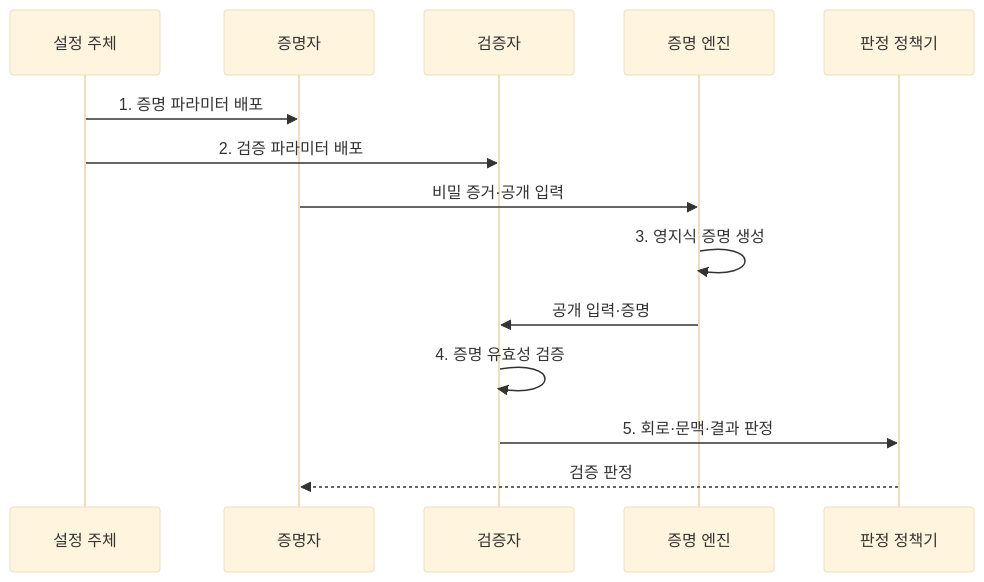
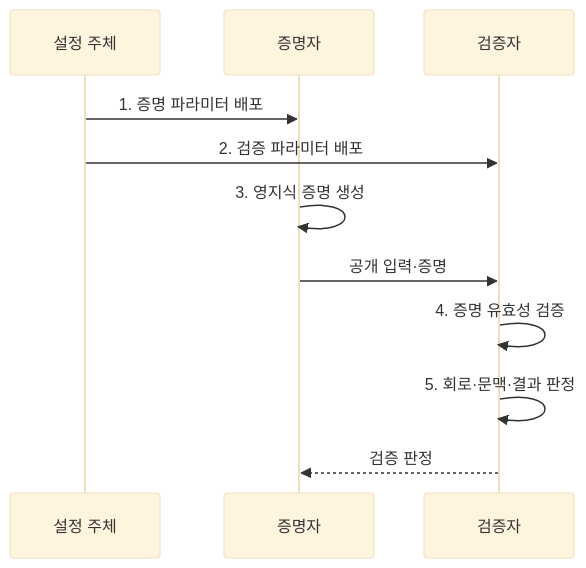
The second of 2 diagrams in src/content/docs/notes/05-security/016_zero_knowledge_proof.md (agnusdei1207/knowledge-base), drawn with Mermaid (base theme) before and after one commit. The commit also changed 9 other files, not shown here.

Commit message:
Focus cryptography sequence actors

````diff
--- a/src/content/docs/notes/05-security/016_zero_knowledge_proof.md
+++ b/src/content/docs/notes/05-security/016_zero_knowledge_proof.md
@@ -106,16 +106,13 @@
 ```mermaid
 sequenceDiagram
     participant S as 설정 주체
     participant P as 증명자
     participant V as 검증자
-    participant E as 증명 엔진
-    participant D as 판정 정책기
     S->>P: 1. 증명 파라미터 배포
     S->>V: 2. 검증 파라미터 배포
-    P->>E: 비밀 증거·공개 입력
-    E->>E: 3. 영지식 증명 생성
-    E->>V: 공개 입력·증명
+    P->>P: 3. 영지식 증명 생성
+    P->>V: 공개 입력·증명
     V->>V: 4. 증명 유효성 검증
-    V->>D: 5. 회로·문맥·결과 판정
-    D-->>P: 검증 판정
+    V->>V: 5. 회로·문맥·결과 판정
+    V-->>P: 검증 판정
 ```
````
